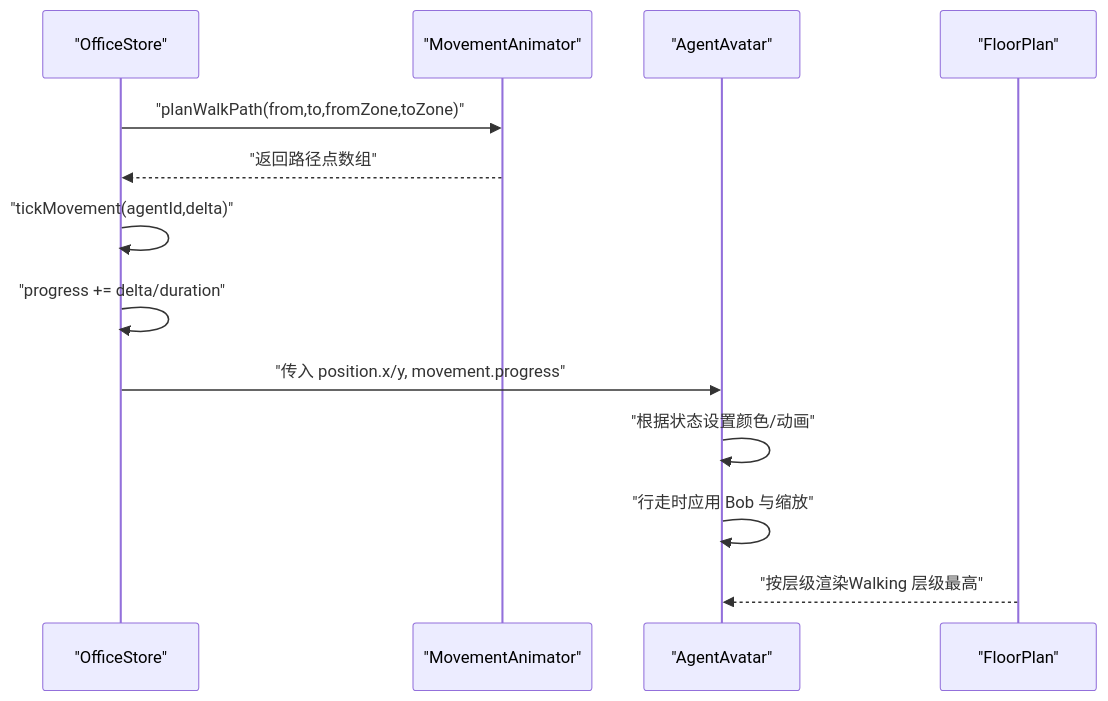
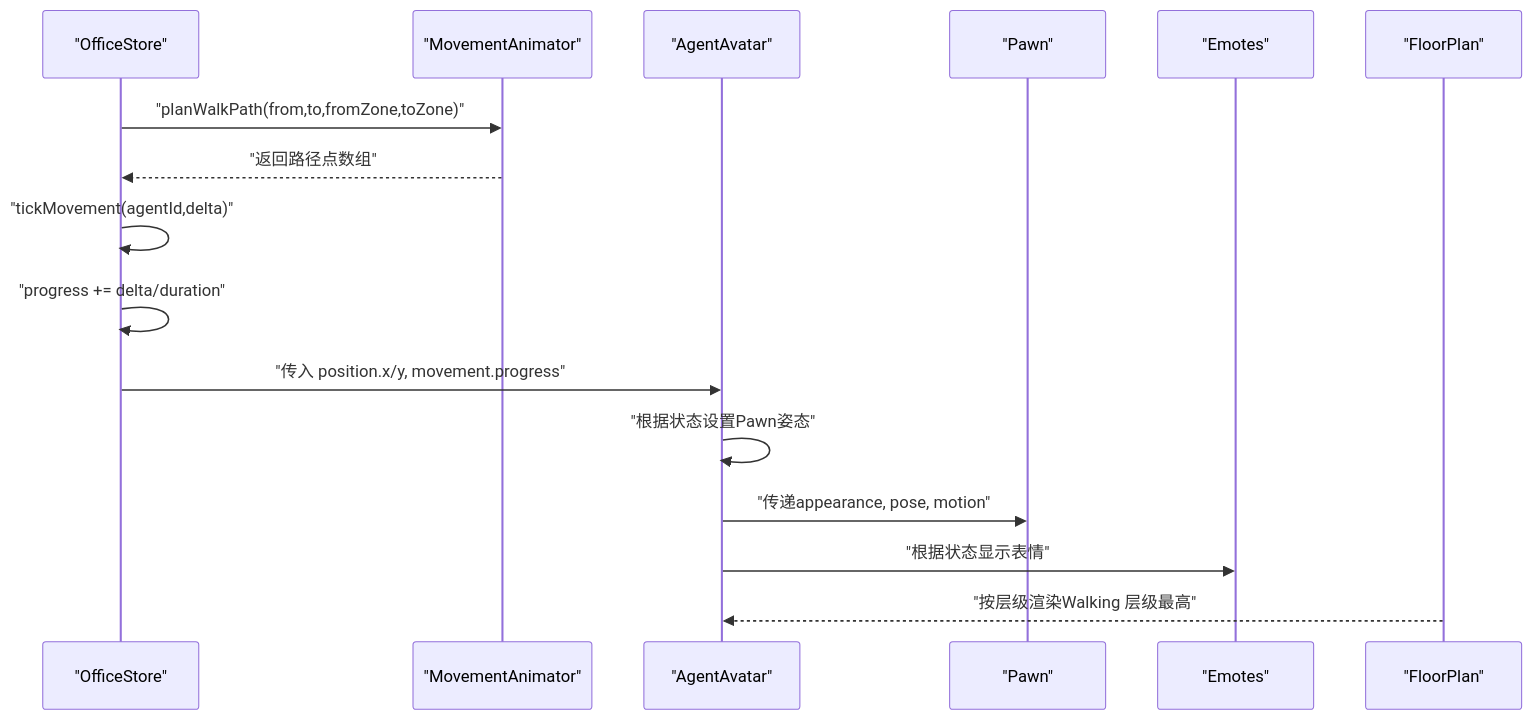
Before and after one commit to WW-AI-Lab/openclaw-office: the second of 7 diagrams in .qoder/repowiki/zh/content/虚拟办公室系统/智能体可视化系统.md, drawn with Mermaid. The commit also changed other lines of this file and 15 other files, not shown here.

````diff
--- a/.qoder/repowiki/zh/content/虚拟办公室系统/智能体可视化系统.md
+++ b/.qoder/repowiki/zh/content/虚拟办公室系统/智能体可视化系统.md
@@ -99,15 +125,18 @@
 ```mermaid
 sequenceDiagram
 participant Store as "OfficeStore"
 participant Animator as "MovementAnimator"
 participant Avatar as "AgentAvatar"
+participant Pawn as "Pawn"
+participant Emote as "Emotes"
 participant Plan as "FloorPlan"
 Store->>Animator : "planWalkPath(from,to,fromZone,toZone)"
 Animator-->>Store : "返回路径点数组"
 Store->>Store : "tickMovement(agentId,delta)"
 Store->>Store : "progress += delta/duration"
 Store->>Avatar : "传入 position.x/y, movement.progress"
-Avatar->>Avatar : "根据状态设置颜色/动画"
-Avatar->>Avatar : "行走时应用 Bob 与缩放"
+Avatar->>Avatar : "根据状态设置Pawn姿态"
+Avatar->>Pawn : "传递appearance, pose, motion"
+Avatar->>Emote : "根据状态显示表情"
 Plan-->>Avatar : "按层级渲染Walking 层级最高"
 ```
````
